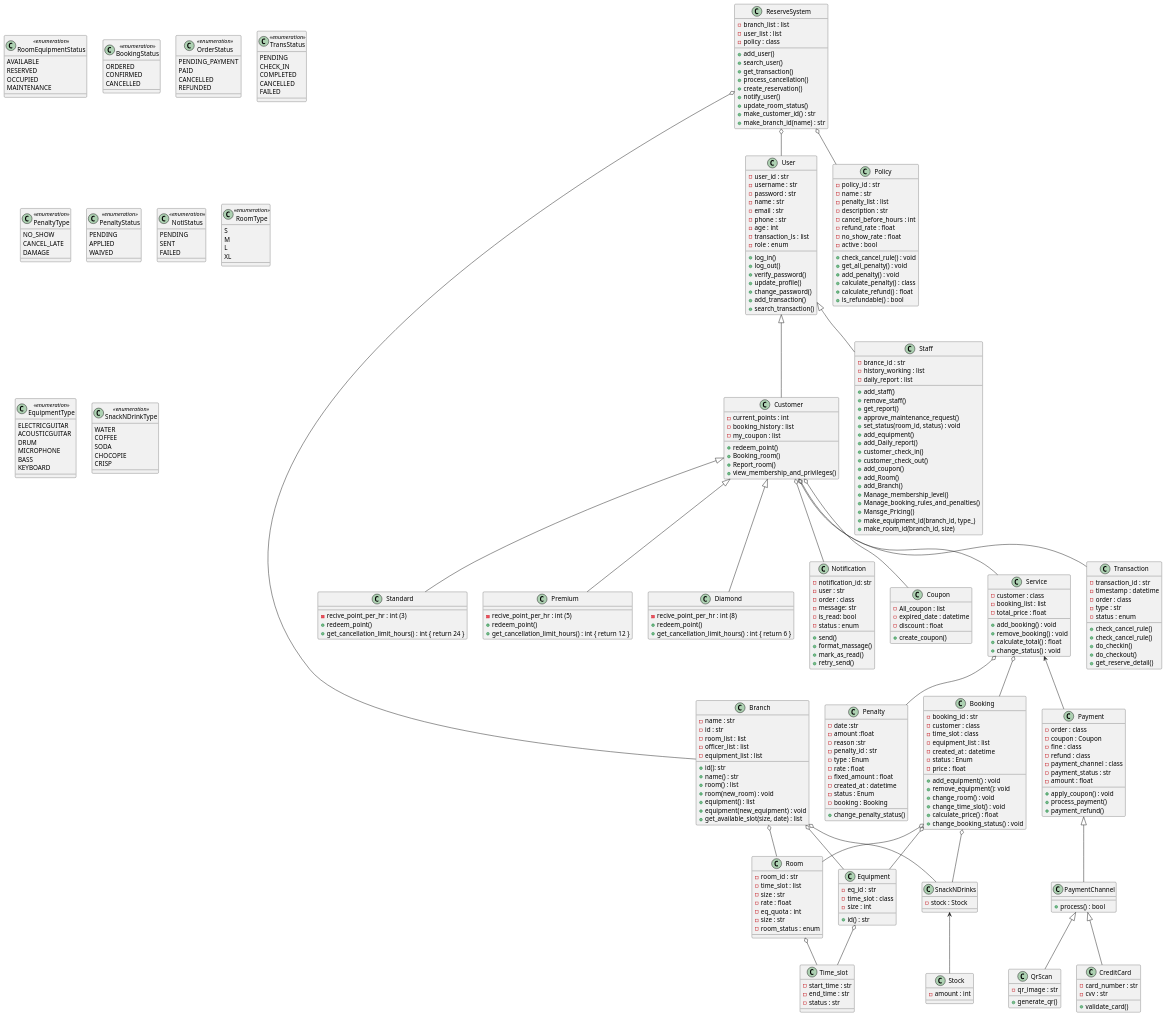
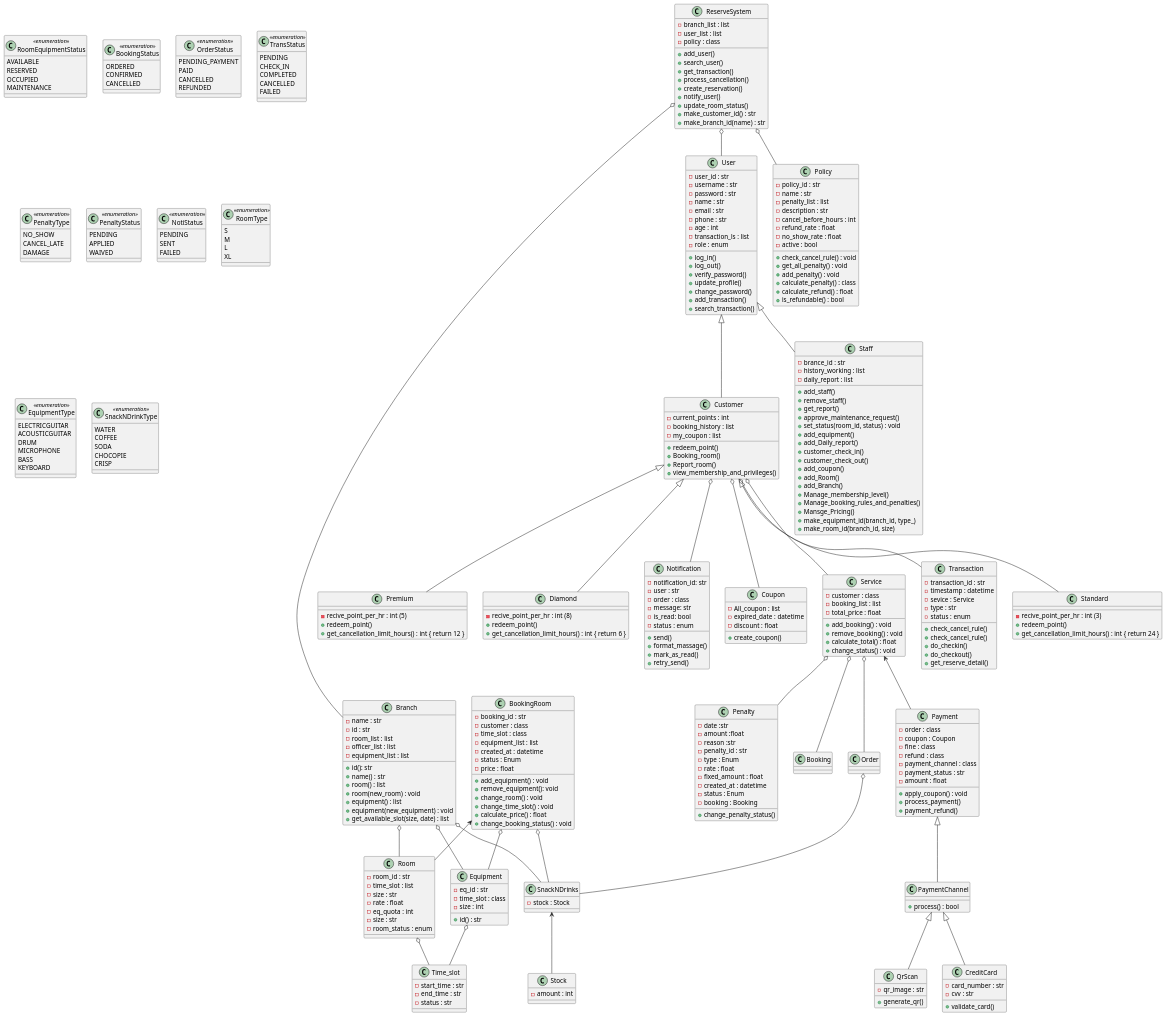
Before and after one commit to pjngth998/RhythmReserve: the diagram in diagram/class_diagram.puml, drawn with PlantUML.

Commit message:
edit class diagram

```diff
--- a/diagram/class_diagram.puml
+++ b/diagram/class_diagram.puml
@@ -72,7 +72,7 @@
     CANCELLED
 }
 
-class Booking {
+class BookingRoom {
     -booking_id : str
     -customer : class
     -time_slot : class
@@ -145,7 +145,7 @@
 class Transaction{
     -transaction_id : str
     -timestamp : datetime
-    -order : class
+    -sevice : Service
     -type : str
     -status : enum
     +check_cancel_rule()
@@ -299,6 +299,10 @@
 
 }
 
+class Order{
+    
+}
+
 class SnackNDrinks{
     -stock : Stock
 }
@@ -357,10 +361,12 @@
 Customer o-- Transaction
 Customer o-- Notification
 Service <-- Payment
-Booking o-- Room
-Booking o-- Equipment
-Booking o-- SnackNDrinks
+BookingRoom <-- Room
+BookingRoom o-- Equipment
+BookingRoom o-- SnackNDrinks
 Branch o-- SnackNDrinks
 Service o-- Penalty
 SnackNDrinks <-- Stock
+Service o-- Order
+Order o-- SnackNDrinks
 @enduml
```
